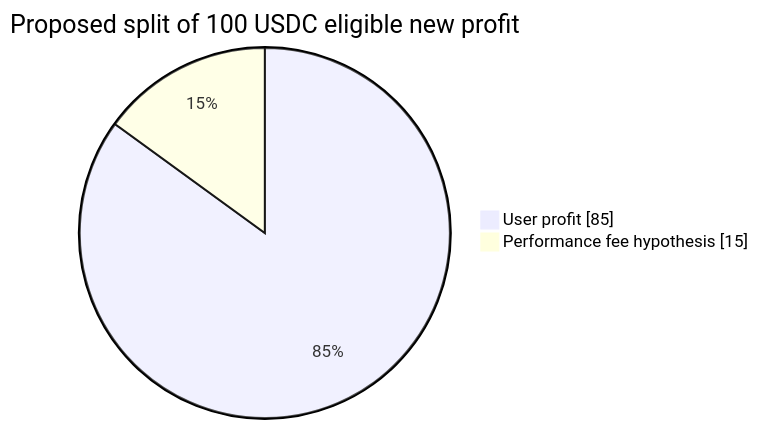
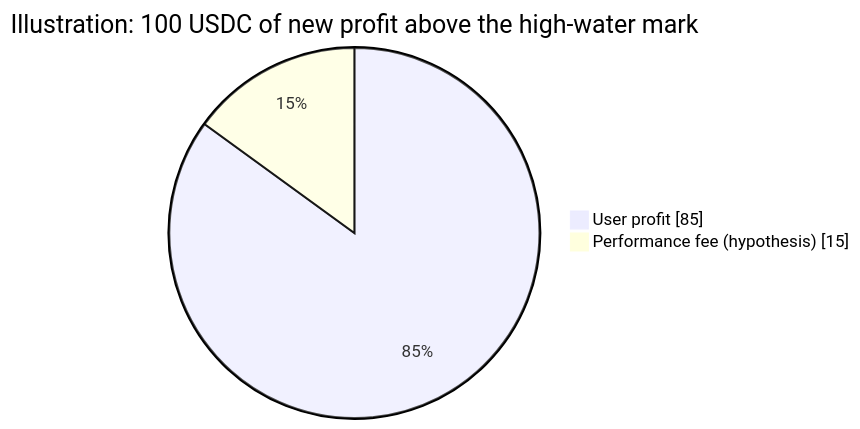
Before and after one commit to AmanGxpta/Flowvault-nearhackathon2026: the fourth of 4 diagrams in README.md, drawn with Mermaid. The commit also changed other lines of this file, not shown here.

````diff
--- a/README.md
+++ b/README.md
@@ -330,6 +256,6 @@
 ```mermaid
 pie showData
-    title Proposed split of 100 USDC eligible new profit
+    title Illustration: 100 USDC of new profit above the high-water mark
     "User profit" : 85
-    "Performance fee hypothesis" : 15
+    "Performance fee (hypothesis)" : 15
 ```
````
